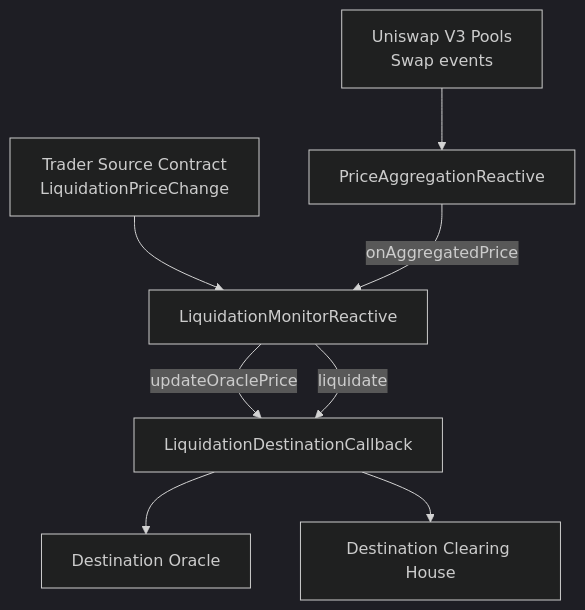
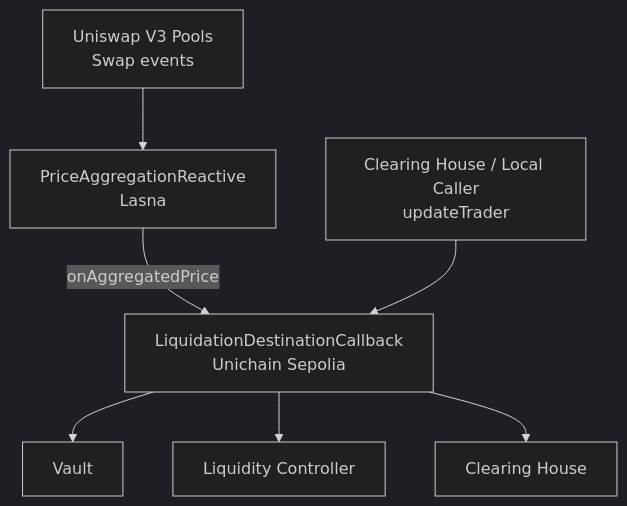
One commit to HedgeZ-Hook/oracle-aggregation changed the diagram in README.md. Above: the diagram before and after it, drawn with Mermaid (dark theme). The commit also changed other lines of this file, not shown here.

````diff
--- a/README.md
+++ b/README.md
@@ -49,10 +48,9 @@
 ```mermaid
 flowchart TD
-    A[Uniswap V3 Pools<br/>Swap events] --> B[PriceAggregationReactive]
-    T[Trader Source Contract<br/>LiquidationPriceChange] --> C[LiquidationMonitorReactive]
-    B -->|onAggregatedPrice| C
-    C -->|updateOraclePrice| D[LiquidationDestinationCallback]
-    C -->|liquidate| D
-    D --> E[Destination Oracle]
-    D --> F[Destination Clearing House]
+    A[Uniswap V3 Pools<br/>Swap events] --> B[PriceAggregationReactive<br/>Lasna]
+    B -->|onAggregatedPrice| C[LiquidationDestinationCallback<br/>Unichain Sepolia]
+    D[Clearing House / Local Caller<br/>updateTrader] --> C
+    C --> E[Vault]
+    C --> F[Liquidity Controller]
+    C --> G[Clearing House]
 ```
````
